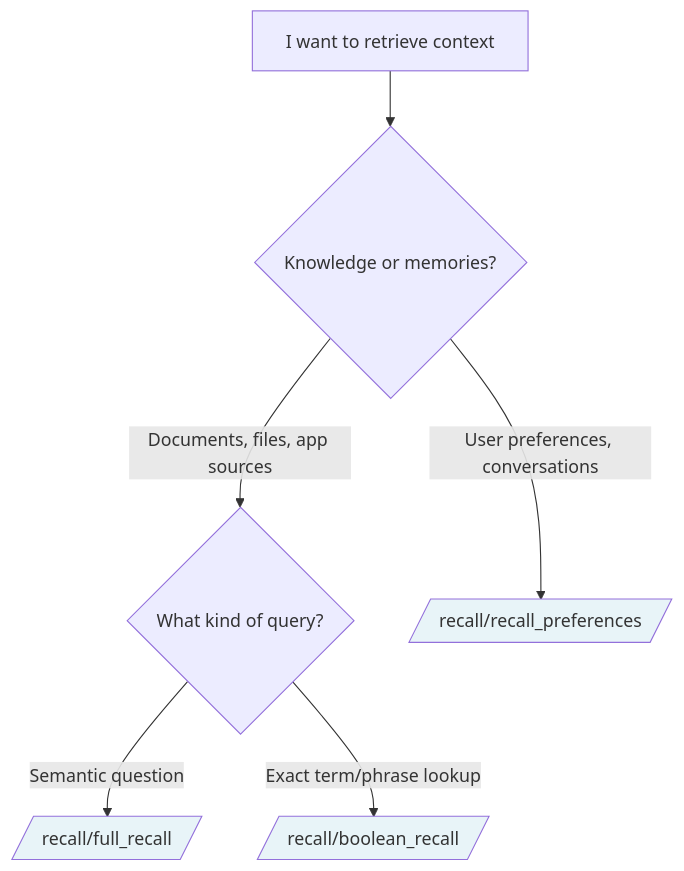
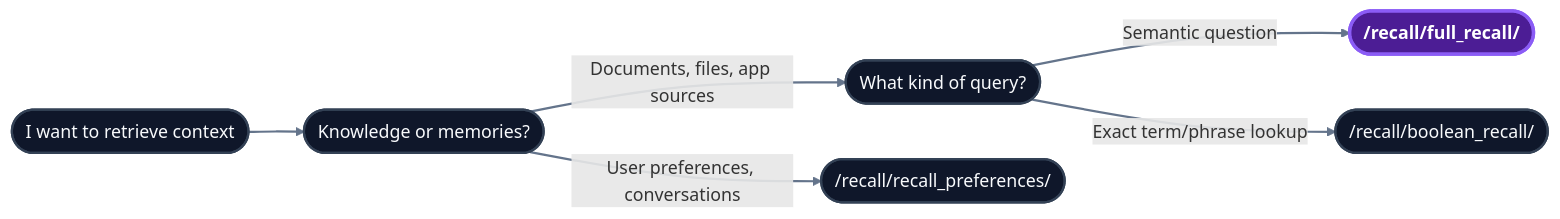
One commit to rupamghosh2006/mintlify-docs changed the diagram in api-reference/endpoint/recall-overview.mdx. Above: the diagram before and after it, drawn with Mermaid. The commit also changed other lines of this file and 3 other files, not shown here.

````diff
--- a/api-reference/endpoint/recall-overview.mdx
+++ b/api-reference/endpoint/recall-overview.mdx
@@ -8,15 +8,33 @@
 ```mermaid
-flowchart TD
-    Q[I want to retrieve context]
-    Q --> KM{Knowledge or memories?}
+flowchart LR
 
-    KM -- Documents, files, app sources --> KType{What kind of query?}
-    KM -- User preferences, conversations --> RP[/recall/recall_preferences/]
+%% HydraDB Dark Mode class definitions
+classDef standard fill:#0f172a,stroke:#334155,stroke-width:2px,color:#f8fafc;
+classDef innovation fill:#4c1d95,stroke:#8b5cf6,stroke-width:3px,color:#ffffff,font-weight:bold;
+classDef success fill:#0f172a,stroke:#10b981,stroke-width:2px,color:#f8fafc;
+classDef failure fill:#0f172a,stroke:#ef4444,stroke-width:2px,color:#f8fafc;
 
-    KType -- Semantic question --> FR[/recall/full_recall/]
-    KType -- Exact term/phrase lookup --> BR[/recall/boolean_recall/]
+%% Nodes
+Q([I want to retrieve context])
+KM([Knowledge or memories?])
+KType([What kind of query?])
+FR([/recall/full_recall/])
+RP([/recall/recall_preferences/])
+BR([/recall/boolean_recall/])
 
-    style FR fill:#e8f4f8
-    style RP fill:#e8f4f8
-    style BR fill:#e8f4f8
+%% Links
+Q --> KM
+KM -- "Documents, files, app sources" --> KType
+KM -- "User preferences, conversations" --> RP
+KType -- "Semantic question" --> FR
+KType -- "Exact term/phrase lookup" --> BR
+
+%% Classes
+class Q,KM,KType standard;
+class FR innovation;
+class RP standard;
+class BR standard;
+
+%% Link style
+linkStyle default stroke:#64748b,stroke-width:2px;
 ```
````
